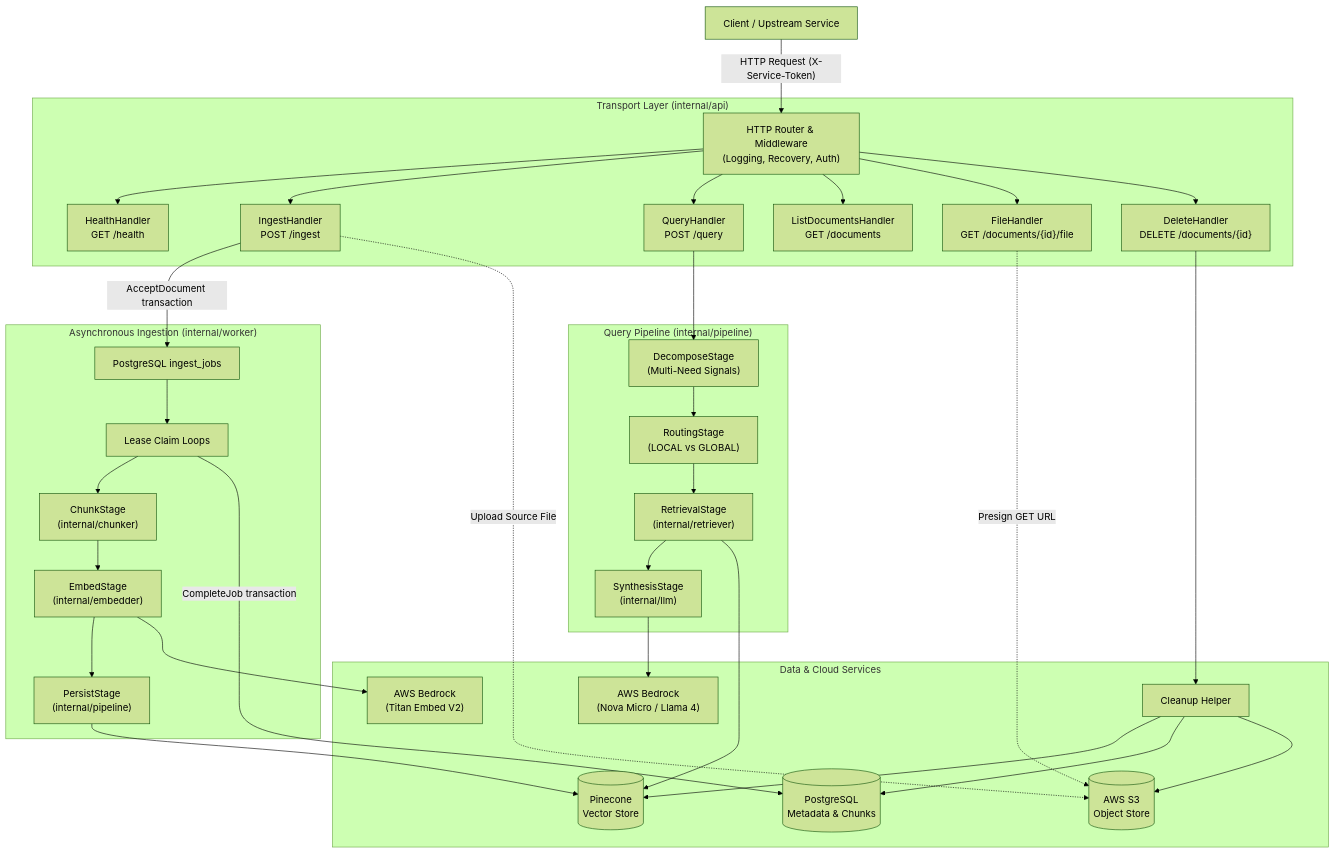
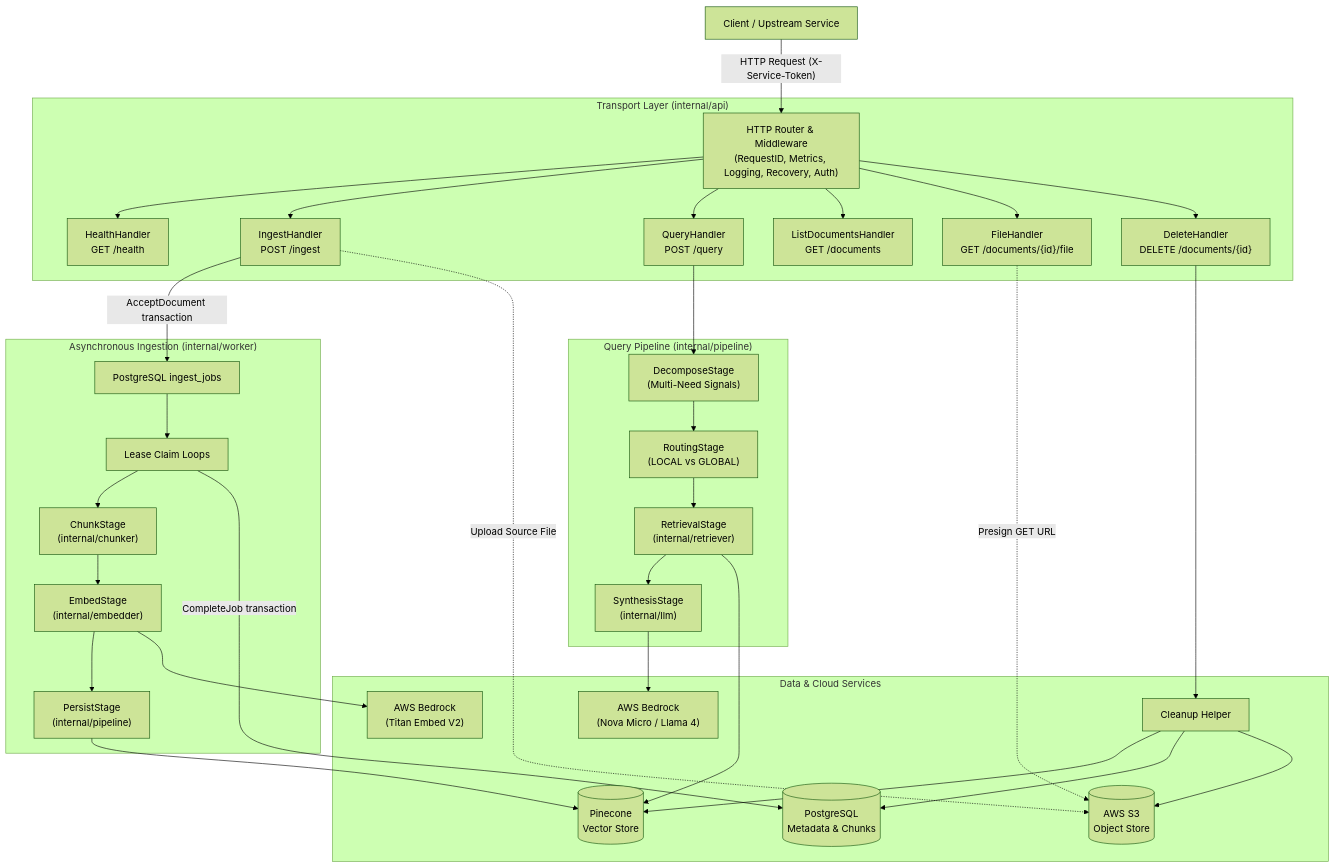
One commit to Victoroide/go-ms-rag changed the first of 4 diagrams in docs/architecture.md. Above: the diagram before and after it, drawn with Mermaid (forest theme). The commit also changed other lines of this file and 4 other files, not shown here.

````diff
--- a/docs/architecture.md
+++ b/docs/architecture.md
@@ -7,42 +7,42 @@
 ```mermaid
 flowchart TD
-    Client["Client / Upstream Service"] -->|"HTTP Request (X-Service-Token)"| Router["HTTP Router & Middleware\n(Logging, Recovery, Auth)"]
+    Client["Client / Upstream Service"] -->|"HTTP Request (X-Service-Token)"| Router["HTTP Router & Middleware\n(RequestID, Metrics, Logging, Recovery, Auth)"]
 
     subgraph API ["Transport Layer (internal/api)"]
         Router --> H_Health["HealthHandler\nGET /health"]
         Router --> H_Ingest["IngestHandler\nPOST /ingest"]
         Router --> H_Query["QueryHandler\nPOST /query"]
         Router --> H_Docs["ListDocumentsHandler\nGET /documents"]
         Router --> H_File["FileHandler\nGET /documents/{id}/file"]
         Router --> H_Delete["DeleteHandler\nDELETE /documents/{id}"]
     end
 
     subgraph AsyncWorker ["Asynchronous Ingestion (internal/worker)"]
         H_Ingest -->|"AcceptDocument transaction"| Queue["PostgreSQL ingest_jobs"]
         Queue --> WorkerLoop["Lease Claim Loops"]
         WorkerLoop --> ChunkStage["ChunkStage\n(internal/chunker)"]
         ChunkStage --> EmbedStage["EmbedStage\n(internal/embedder)"]
         EmbedStage --> PersistStage["PersistStage\n(internal/pipeline)"]
     end
 
     subgraph QueryPipeline ["Query Pipeline (internal/pipeline)"]
         H_Query --> Decompose["DecomposeStage\n(Multi-Need Signals)"]
         Decompose --> RouteMode["RoutingStage\n(LOCAL vs GLOBAL)"]
         RouteMode --> Retrieve["RetrievalStage\n(internal/retriever)"]
         Retrieve --> Synthesis["SynthesisStage\n(internal/llm)"]
     end
 
     subgraph Stores ["Data & Cloud Services"]
         PersistStage --> VectorDB[("Pinecone\nVector Store")]
         WorkerLoop -->|"CompleteJob transaction"| RelDB[("PostgreSQL\nMetadata & Chunks")]
         H_Ingest -.->|"Upload Source File"| ObjectStore[("AWS S3\nObject Store")]
         H_File -.->|"Presign GET URL"| ObjectStore
         H_Delete --> Cleanup["Cleanup Helper"]
         Cleanup --> VectorDB
         Cleanup --> RelDB
         Cleanup --> ObjectStore
         EmbedStage --> Bedrock["AWS Bedrock\n(Titan Embed V2)"]
         Retrieve --> VectorDB
         Synthesis --> BedrockLLM["AWS Bedrock\n(Nova Micro / Llama 4)"]
     end
 ```
````
